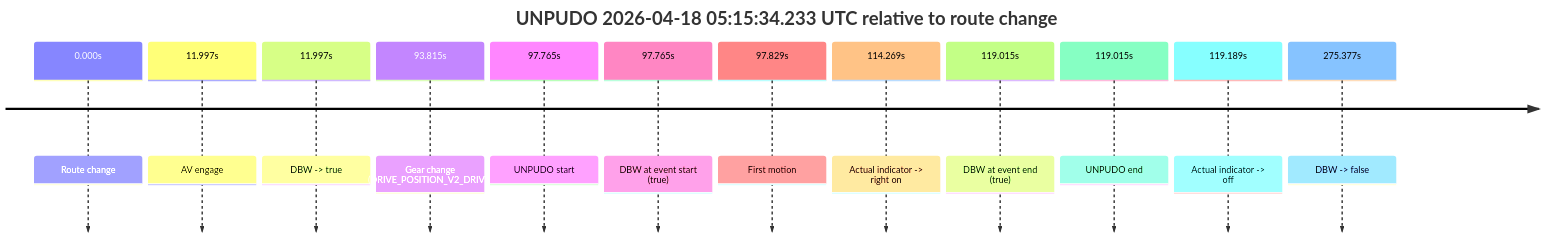
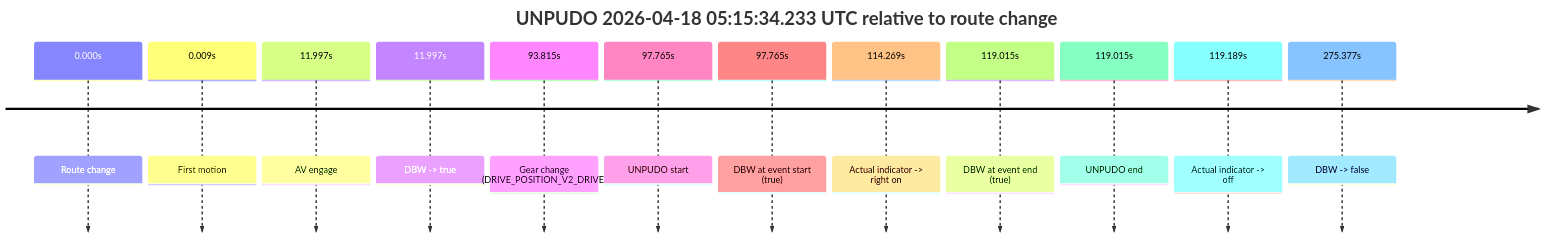
Before and after one commit to yoelshapiro/vault: the fifth of 6 diagrams in model_analysis/report_cards/2026/04/Week-3/fme10005--2026-04-18--03-53-08--gen2-av-80c1bd2f-a7a8-4fad-9a5d-1b2ba4fc802c.md, drawn with Mermaid. The commit also changed other lines of this file and 41 other files, not shown here.

````diff
--- a/model_analysis/report_cards/2026/04/Week-3/fme10005--2026-04-18--03-53-08--gen2-av-80c1bd2f-a7a8-4fad-9a5d-1b2ba4fc802c.md
+++ b/model_analysis/report_cards/2026/04/Week-3/fme10005--2026-04-18--03-53-08--gen2-av-80c1bd2f-a7a8-4fad-9a5d-1b2ba4fc802c.md
@@ -134,16 +401,16 @@
 ```mermaid
 timeline
     title UNPUDO 2026-04-18 05:15:34.233 UTC relative to route change
     0.000s : Route change
+    0.009s : First motion
     11.997s : AV engage
     11.997s : DBW -> true
     93.815s : Gear change (DRIVE_POSITION_V2_DRIVE)
     97.765s : UNPUDO start
     97.765s : DBW at event start (true)
-    97.829s : First motion
     114.269s : Actual indicator -> right on
     119.015s : DBW at event end (true)
     119.015s : UNPUDO end
     119.189s : Actual indicator -> off
     275.377s : DBW -> false
 ```
````
